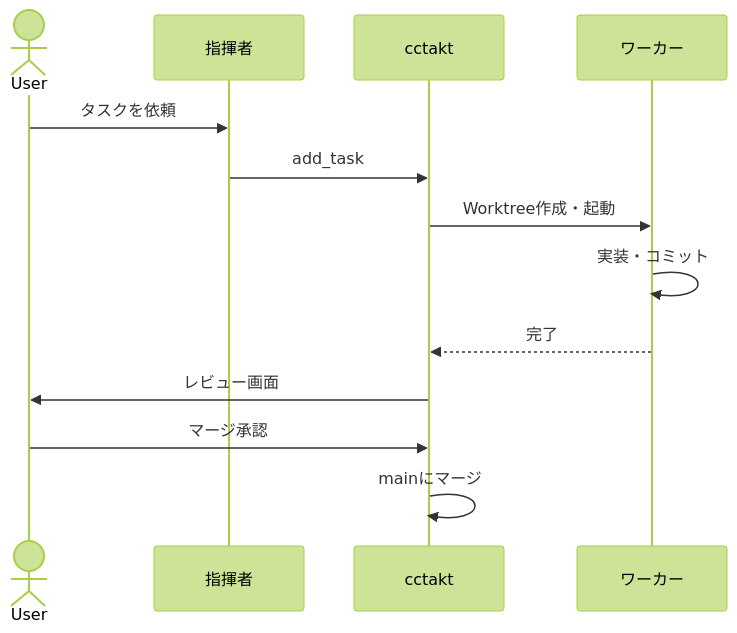
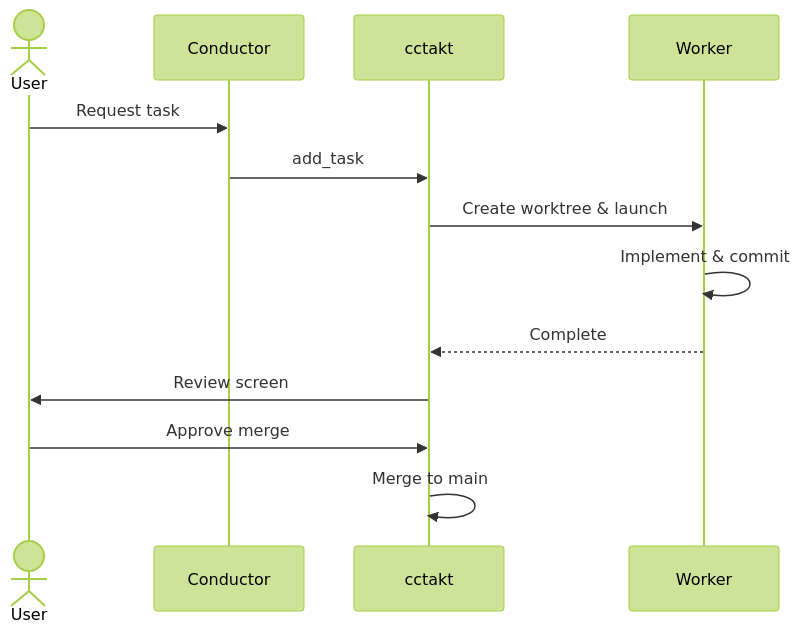
One commit to taiki3/cctakt changed the diagram in README.md. Above: the diagram before and after it, drawn with Mermaid (forest theme). The commit also changed other lines of this file, not shown here.

````diff
--- a/README.md
+++ b/README.md
@@ -50,16 +50,16 @@
 ```mermaid
 sequenceDiagram
     actor User
-    participant Conductor as 指揮者
+    participant Conductor
     participant cctakt
-    participant Worker as ワーカー
+    participant Worker
 
-    User->>Conductor: タスクを依頼
+    User->>Conductor: Request task
     Conductor->>cctakt: add_task
-    cctakt->>Worker: Worktree作成・起動
-    Worker->>Worker: 実装・コミット
-    Worker-->>cctakt: 完了
-    cctakt->>User: レビュー画面
-    User->>cctakt: マージ承認
-    cctakt->>cctakt: mainにマージ
+    cctakt->>Worker: Create worktree & launch
+    Worker->>Worker: Implement & commit
+    Worker-->>cctakt: Complete
+    cctakt->>User: Review screen
+    User->>cctakt: Approve merge
+    cctakt->>cctakt: Merge to main
 ```
````
